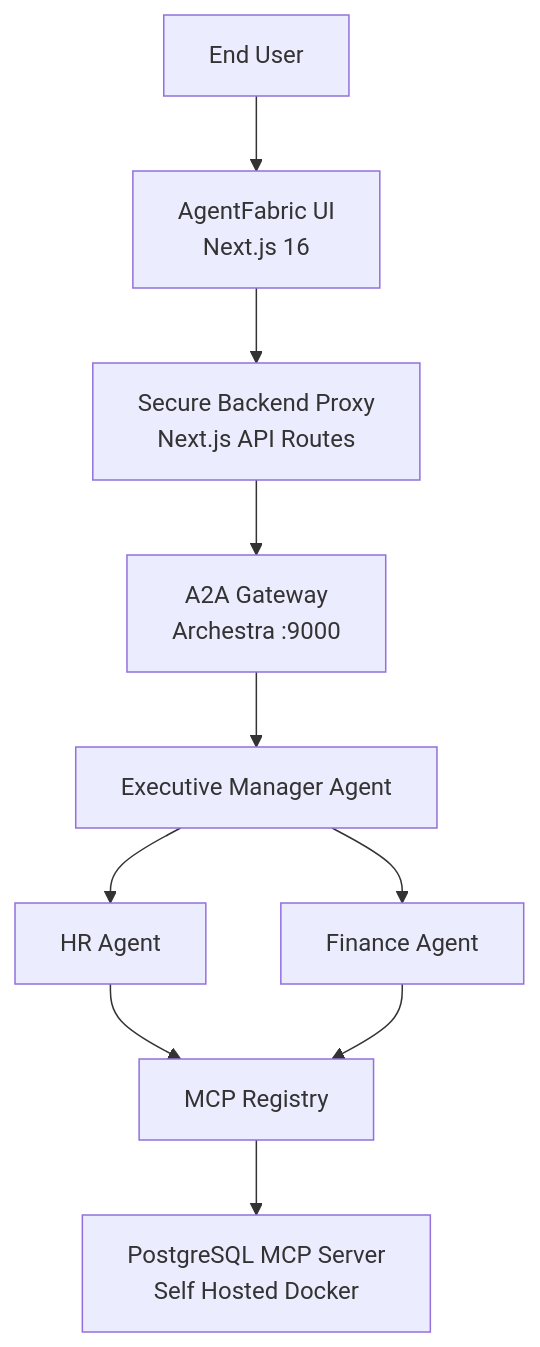
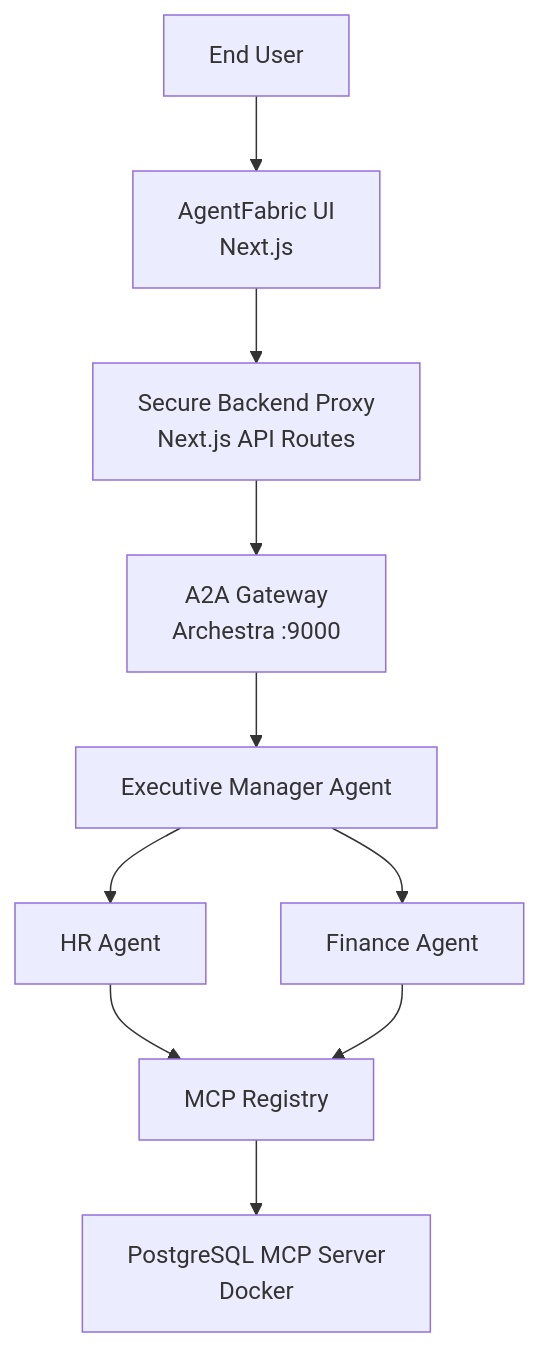
The first of 2 diagrams in README.md (TheKumaara/AgentFabric), drawn with Mermaid before and after one commit. The commit also changed other lines of this file and 3 other files, not shown here.

Commit message:
docs: Detail AI safety architecture in README and standardize agent ID environment variable names across the project.

````diff
--- a/README.md
+++ b/README.md
@@ -37,30 +32,30 @@
 ```mermaid
 flowchart TD
 
     User["End User"]
 
-    UI["AgentFabric UI<br/>Next.js 16"]
+    UI["AgentFabric UI<br/>Next.js"]
     API["Secure Backend Proxy<br/>Next.js API Routes"]
 
     Gateway["A2A Gateway<br/>Archestra :9000"]
 
     Exec["Executive Manager Agent"]
     HR["HR Agent"]
     Finance["Finance Agent"]
 
     MCPRegistry["MCP Registry"]
-    PostgresMCP["PostgreSQL MCP Server<br/>Self Hosted Docker"]
+    PostgresMCP["PostgreSQL MCP Server<br/>Docker"]
 
     User --> UI
     UI --> API
     API --> Gateway
 
     Gateway --> Exec
     Exec --> HR
     Exec --> Finance
 
     HR --> MCPRegistry
     Finance --> MCPRegistry
 
     MCPRegistry --> PostgresMCP
 ```
````
